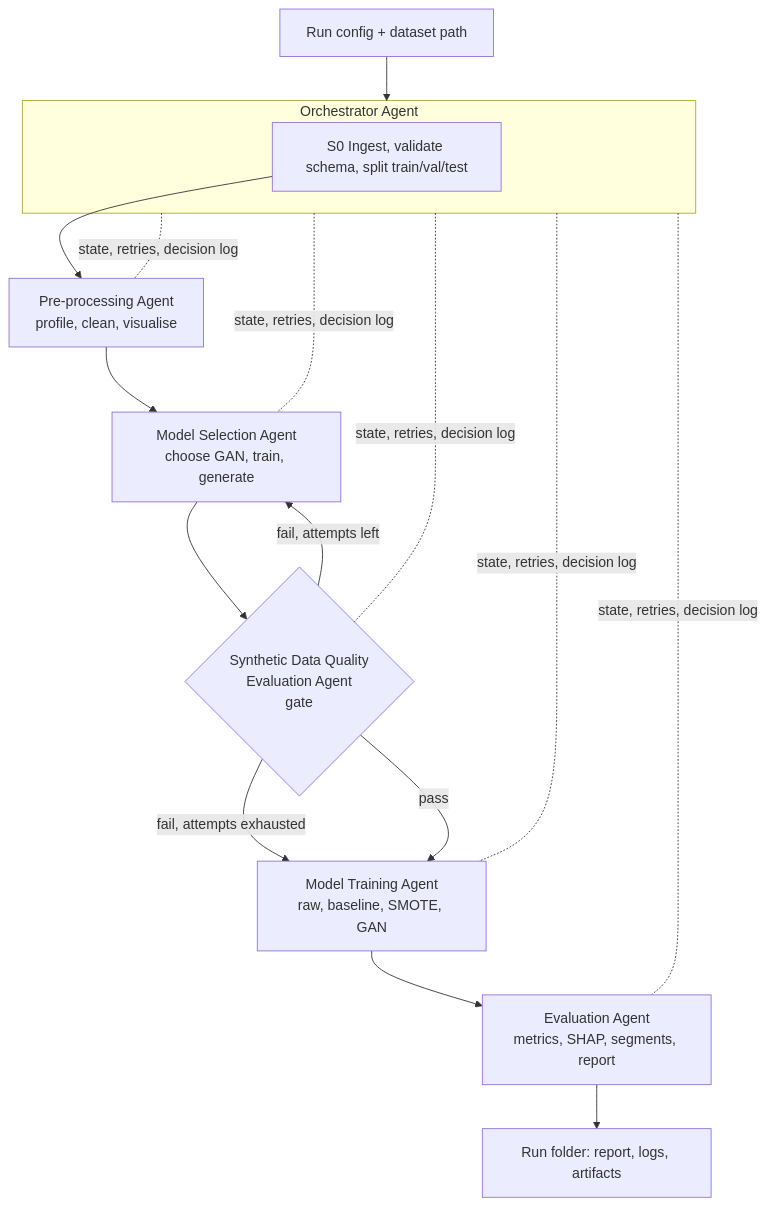
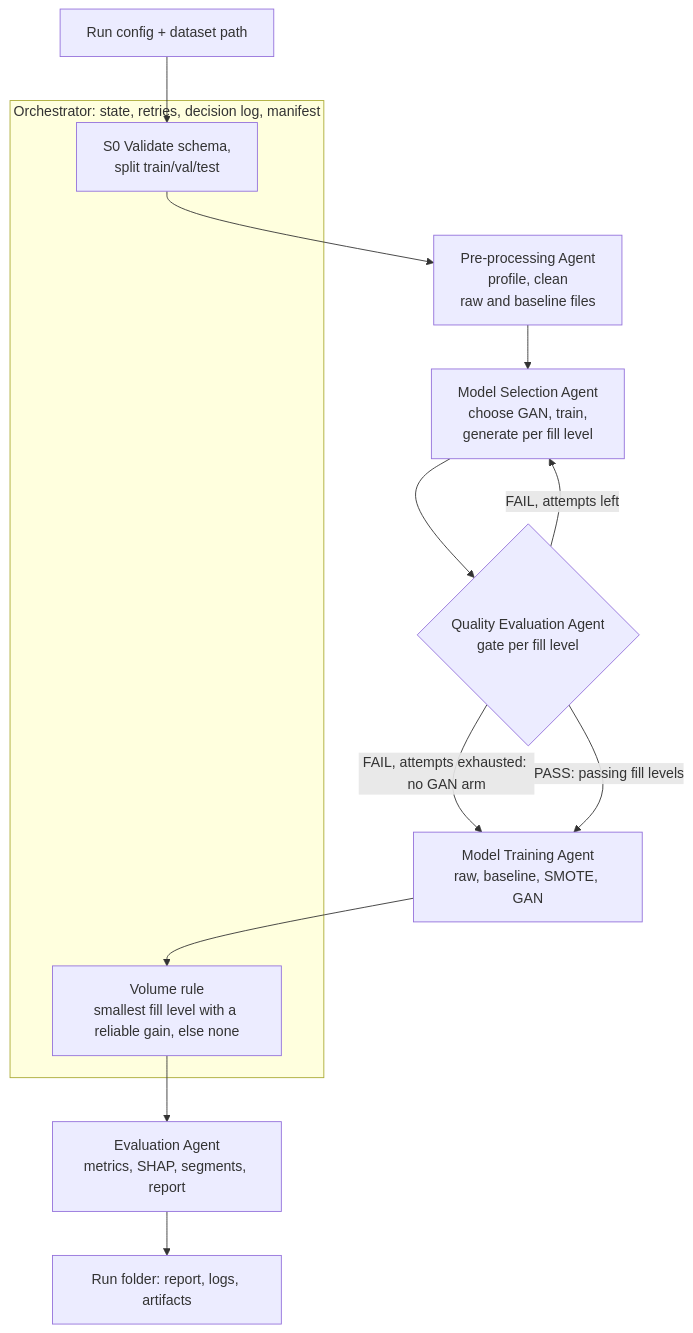
One commit to Columbia-DS-Capstone/Data-Science-Capstone-Project changed the first of 2 diagrams in docs/architecture.md. Above: the diagram before and after it, drawn with Mermaid. The commit also changed other lines of this file and 3 other files, not shown here.

First line of the commit message:
docs: architecture v0.2 with per-agent questions, volume loop and diagrams (#23)

````diff
--- a/docs/architecture.md
+++ b/docs/architecture.md
@@ -36,23 +62,19 @@
 ```mermaid
 flowchart TD
-    CFG[Run config + dataset path] --> ORC
+    CFG[Run config + dataset path] --> S0
 
-    subgraph ORC[Orchestrator Agent]
-        S0[S0 Ingest, validate schema, split train/val/test]
+    subgraph ORC[Orchestrator: state, retries, decision log, manifest]
+        S0[S0 Validate schema,<br/>split train/val/test]
+        VOL[Volume rule<br/>smallest fill level with a reliable gain, else none]
     end
 
-    S0 --> PRE[Pre-processing Agent<br/>profile, clean, visualise]
-    PRE --> SEL[Model Selection Agent<br/>choose GAN, train, generate]
-    SEL --> QE{Synthetic Data Quality<br/>Evaluation Agent<br/>gate}
-    QE -- fail, attempts left --> SEL
-    QE -- fail, attempts exhausted --> TRN
-    QE -- pass --> TRN[Model Training Agent<br/>raw, baseline, SMOTE, GAN]
-    TRN --> EVA[Evaluation Agent<br/>metrics, SHAP, segments, report]
+    S0 --> PRE[Pre-processing Agent<br/>profile, clean<br/>raw and baseline files]
+    PRE --> SEL[Model Selection Agent<br/>choose GAN, train,<br/>generate per fill level]
+    SEL --> QE{Quality Evaluation Agent<br/>gate per fill level}
+    QE -- FAIL, attempts left --> SEL
+    QE -- FAIL, attempts exhausted: no GAN arm --> TRN
+    QE -- PASS: passing fill levels --> TRN[Model Training Agent<br/>raw, baseline, SMOTE, GAN]
+    TRN --> VOL
+    VOL --> EVA[Evaluation Agent<br/>metrics, SHAP, segments, report]
     EVA --> OUT[Run folder: report, logs, artifacts]
-
-    ORC -. state, retries, decision log .- PRE
-    ORC -. state, retries, decision log .- SEL
-    ORC -. state, retries, decision log .- QE
-    ORC -. state, retries, decision log .- TRN
-    ORC -. state, retries, decision log .- EVA
 ```
````
